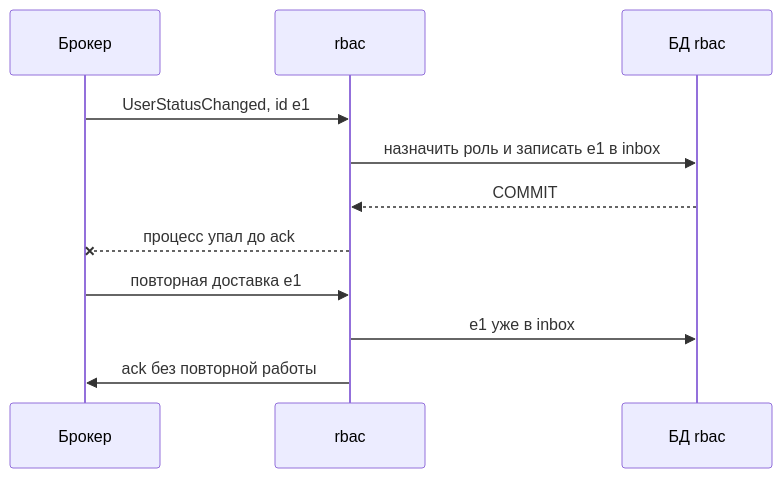
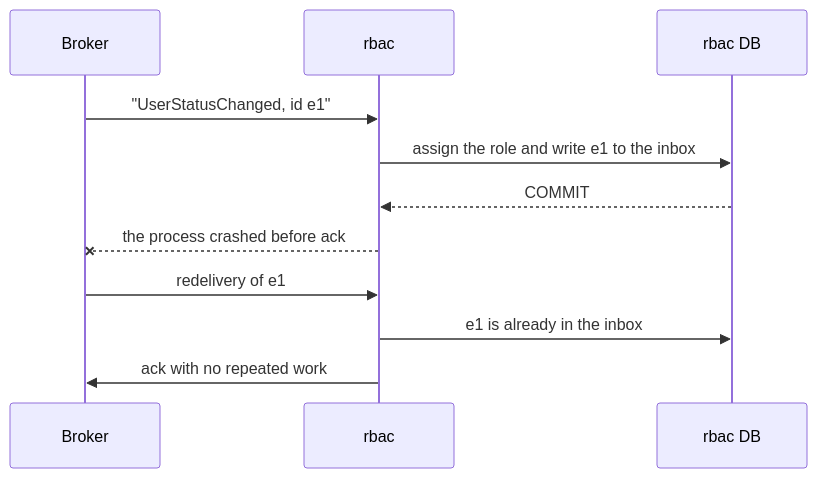
One commit to pavel-skripko-innowise/inno-fe-be-a1 changed the third of 4 diagrams in courses-content/backend/B/1/en/0.3 Асинхронное взаимодействие.md. Above: the diagram before and after it, drawn with Mermaid. The commit also changed other lines of this file and 35 other files, not shown here.

````diff
--- a/courses-content/backend/B/1/en/0.3 Асинхронное взаимодействие.md
+++ b/courses-content/backend/B/1/en/0.3 Асинхронное взаимодействие.md
@@ -94,13 +94,13 @@
 ```mermaid
 sequenceDiagram
-  participant B as Брокер
+  participant B as Broker
   participant R as rbac
-  participant D as БД rbac
-  B->>R: UserStatusChanged, id e1
-  R->>D: назначить роль и записать e1 в inbox
+  participant D as rbac DB
+  B->>R: "UserStatusChanged, id e1"
+  R->>D: assign the role and write e1 to the inbox
   D-->>R: COMMIT
-  R--xB: процесс упал до ack
-  B->>R: повторная доставка e1
-  R->>D: e1 уже в inbox
-  R->>B: ack без повторной работы
+  R--xB: the process crashed before ack
+  B->>R: redelivery of e1
+  R->>D: e1 is already in the inbox
+  R->>B: ack with no repeated work
 ```
````
